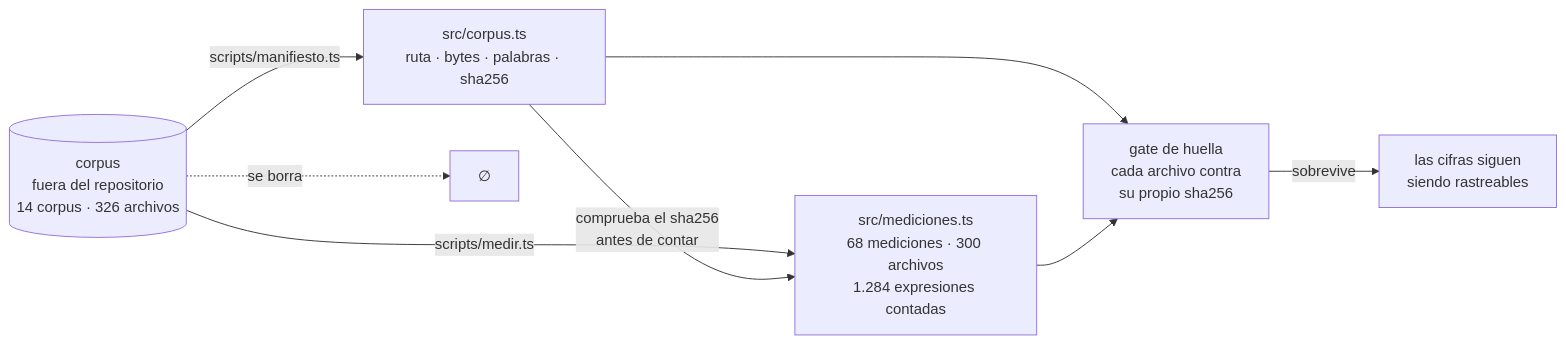
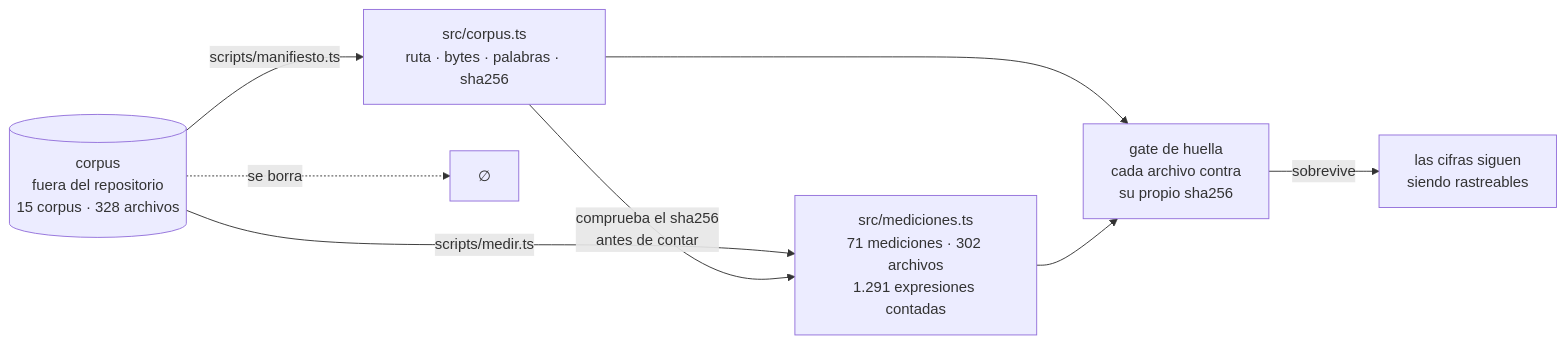
The third of 5 diagrams in README.md (diegnghtmr/writing-harness), drawn with Mermaid before and after one commit. The commit also changed other lines of this file and 15 other files, not shown here.

````diff
--- a/README.md
+++ b/README.md
@@ -274,15 +274,15 @@
 ```mermaid
 flowchart LR
-    C[("corpus<br/>fuera del repositorio<br/>14 corpus · 326 archivos")]
+    C[("corpus<br/>fuera del repositorio<br/>15 corpus · 328 archivos")]
 
     C -->|"scripts/manifiesto.ts"| M["src/corpus.ts<br/>ruta · bytes · palabras · sha256"]
-    C -->|"scripts/medir.ts"| ME["src/mediciones.ts<br/>68 mediciones · 300 archivos<br/>1.284 expresiones contadas"]
+    C -->|"scripts/medir.ts"| ME["src/mediciones.ts<br/>71 mediciones · 302 archivos<br/>1.291 expresiones contadas"]
 
     M -->|"comprueba el sha256<br/>antes de contar"| ME
 
     M --> G["gate de huella<br/>cada archivo contra<br/>su propio sha256"]
     ME --> G
 
     C -.->|"se borra"| X["∅"]
     G -->|"sobrevive"| S["las cifras siguen<br/>siendo rastreables"]
 ```
````
